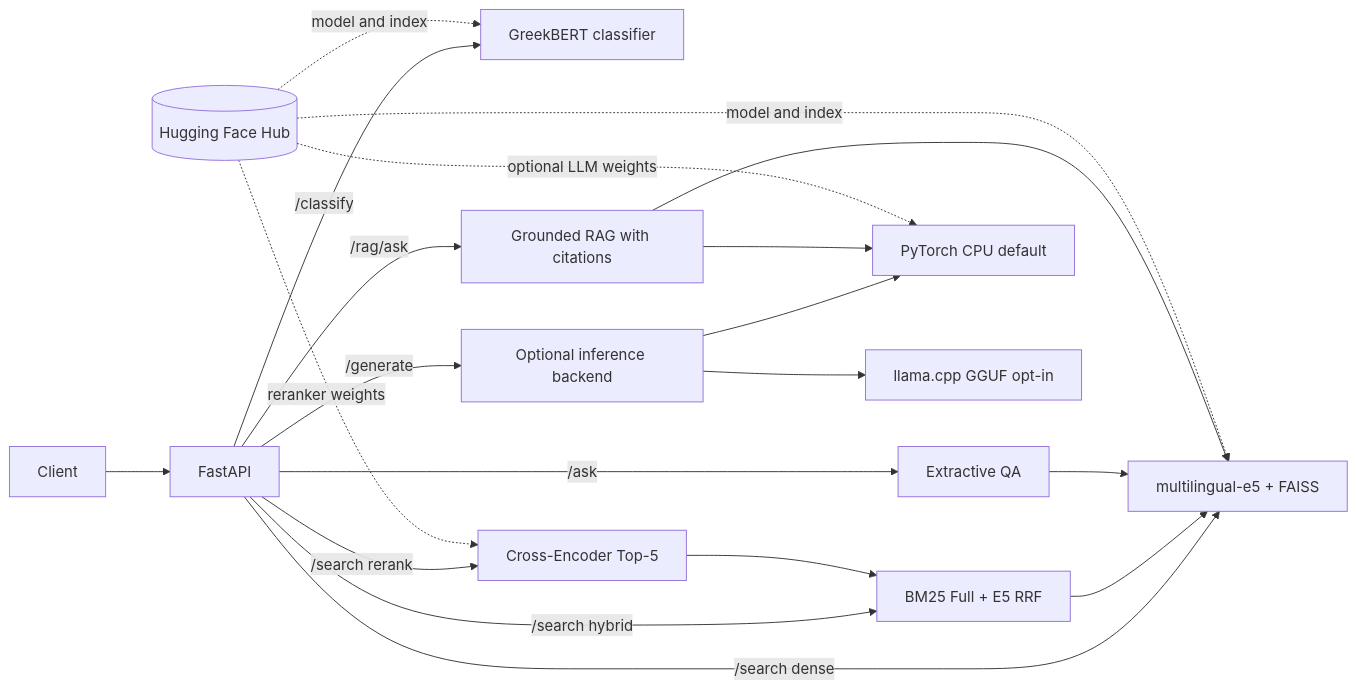
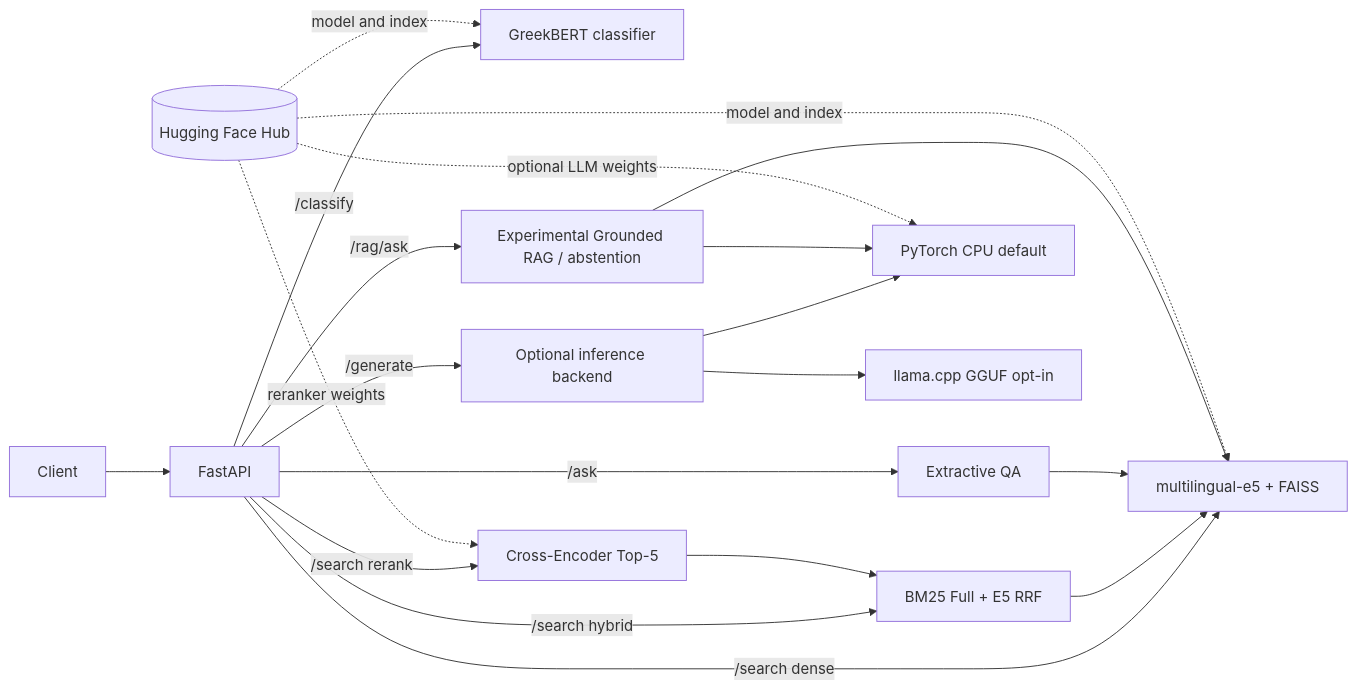
One commit to P-Tilemachos/Greek-News-NLP-API changed the diagram in README.md. Above: the diagram before and after it, drawn with Mermaid. The commit also changed other lines of this file, not shown here.

````diff
--- a/README.md
+++ b/README.md
@@ -27,43 +22,41 @@
 ```mermaid
-
 flowchart LR
 
     Client --> API[FastAPI]
 
     API -->|/classify| CLF[GreekBERT classifier]
 
     API -->|/search dense| RET[multilingual-e5 + FAISS]
 
     API -->|/search hybrid| HYB[BM25 Full + E5 RRF]
 
     API -->|/search rerank| CE[Cross-Encoder Top-5]
 
     CE --> HYB
 
     HYB --> RET
 
     API -->|/ask| QA[Extractive QA]
 
     QA --> RET
 
     API -->|/generate| GEN[Optional inference backend]
 
     GEN --> TORCH[PyTorch CPU default]
 
     GEN --> GGUF[llama.cpp GGUF opt-in]
 
-    API -->|/rag/ask| RAG[Grounded RAG with citations]
+    API -->|/rag/ask| RAG[Experimental Grounded RAG / abstention]
 
     RAG --> RET
 
     RAG --> TORCH
 
     HUB[(Hugging Face Hub)] -. model and index .-> CLF
 
     HUB -. model and index .-> RET
 
     HUB -. reranker weights .-> CE
 
     HUB -. optional LLM weights .-> TORCH
-
 ```
````
